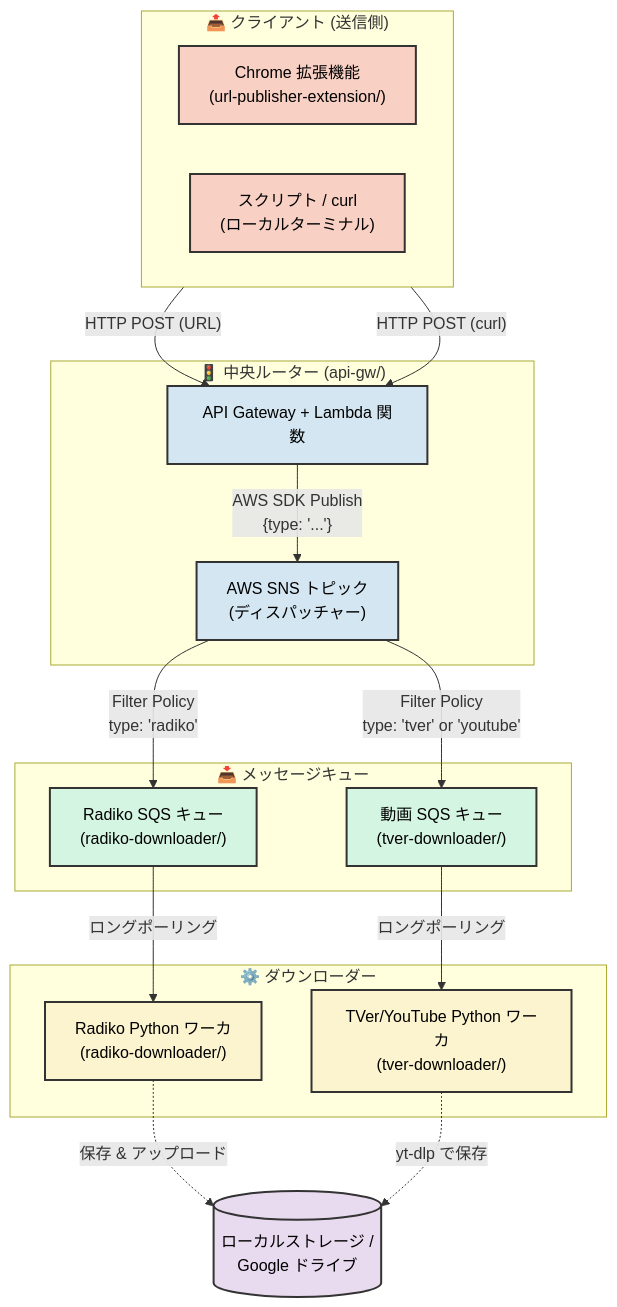
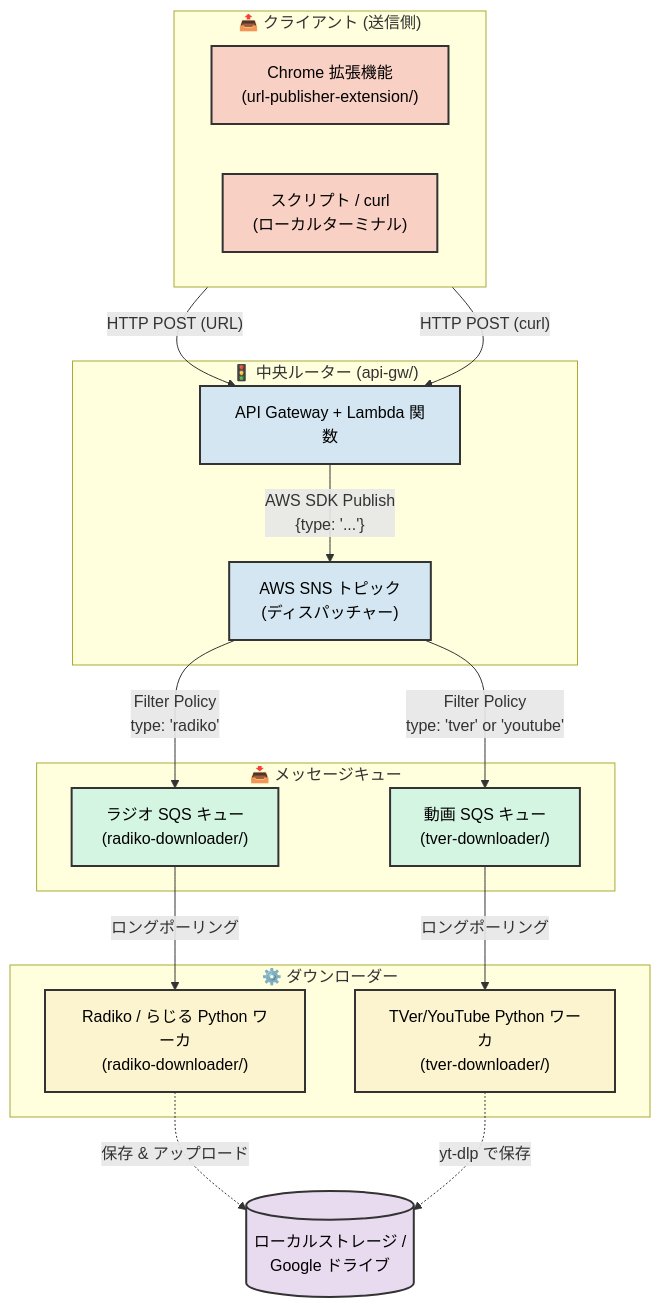
Before and after one commit to khirata/media-downloader: the diagram in README_ja.md, drawn with Mermaid. The commit also changed other lines of this file and 1 other file, not shown here.

First line of the commit message:
docs: cover らじる★らじる in both READMEs

````diff
--- a/README_ja.md
+++ b/README_ja.md
@@ -10,48 +10,48 @@
 ```mermaid
 graph TD
     classDef client fill:#f9d0c4,stroke:#333,stroke-width:2px,color:#000;
     classDef router fill:#d4e6f1,stroke:#333,stroke-width:2px,color:#000;
     classDef queue fill:#d5f5e3,stroke:#333,stroke-width:2px,color:#000;
     classDef worker fill:#fcf3cf,stroke:#333,stroke-width:2px,color:#000;
     classDef storage fill:#e8daef,stroke:#333,stroke-width:2px,color:#000;
 
     subgraph Clients ["📤 クライアント (送信側)"]
         direction LR
         EXT["Chrome 拡張機能<br/>(url-publisher-extension/)"]:::client
         CURL["スクリプト / curl<br/>(ローカルターミナル)"]:::client
     end
 
     subgraph Dispatcher ["🚦 中央ルーター (api-gw/)"]
         API["API Gateway + Lambda 関数"]:::router
         SNS["AWS SNS トピック<br/>(ディスパッチャー)"]:::router
     end
 
     subgraph Queues ["📥 メッセージキュー"]
-        SQS_R["Radiko SQS キュー<br/>(radiko-downloader/)"]:::queue
+        SQS_R["ラジオ SQS キュー<br/>(radiko-downloader/)"]:::queue
         SQS_T["動画 SQS キュー<br/>(tver-downloader/)"]:::queue
     end
 
     subgraph Workers ["⚙️ ダウンローダー"]
-        WORK_R["Radiko Python ワーカ<br/>(radiko-downloader/)"]:::worker
+        WORK_R["Radiko / らじる Python ワーカ<br/>(radiko-downloader/)"]:::worker
         WORK_T["TVer/YouTube Python ワーカ<br/>(tver-downloader/)"]:::worker
     end
     
     STORAGE[("ローカルストレージ /<br/>Google ドライブ")]:::storage
 
     %% Client flows
     EXT -->|"HTTP POST (URL)"| API
     CURL -->|"HTTP POST (curl)"| API
     API -->|"AWS SDK Publish<br/>{type: '...'} "| SNS
 
     %% Dispatcher routing based on message attributes/body
     SNS -->|"Filter Policy<br/>type: 'radiko'"| SQS_R
     SNS -->|"Filter Policy<br/>type: 'tver' or 'youtube'"| SQS_T
 
     %% Worker polling
     SQS_R -->|"ロングポーリング"| WORK_R
     SQS_T -->|"ロングポーリング"| WORK_T
 
     %% Final output
     WORK_R -.->|"保存 & アップロード"| STORAGE
     WORK_T -.->|"yt-dlp で保存"| STORAGE
 ```
````
